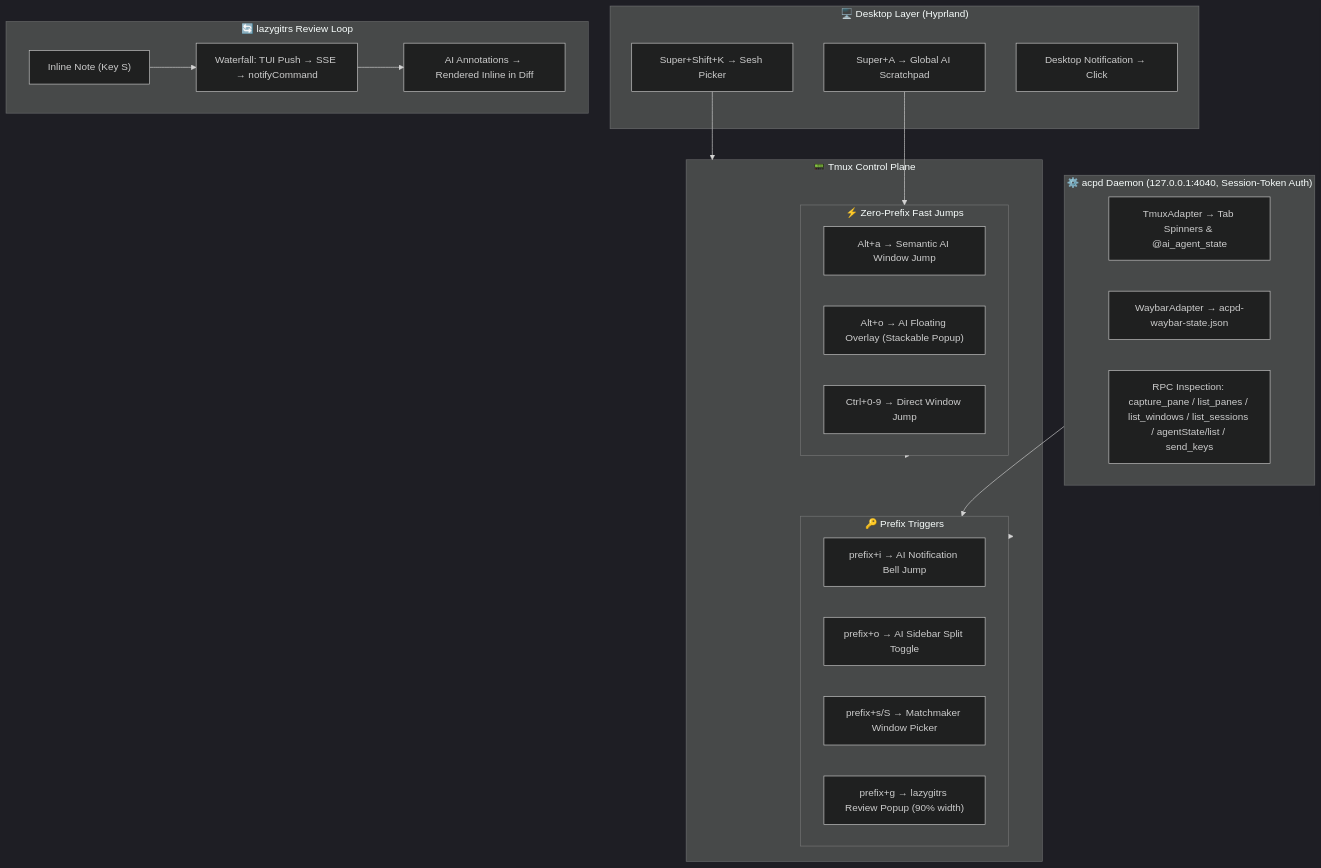
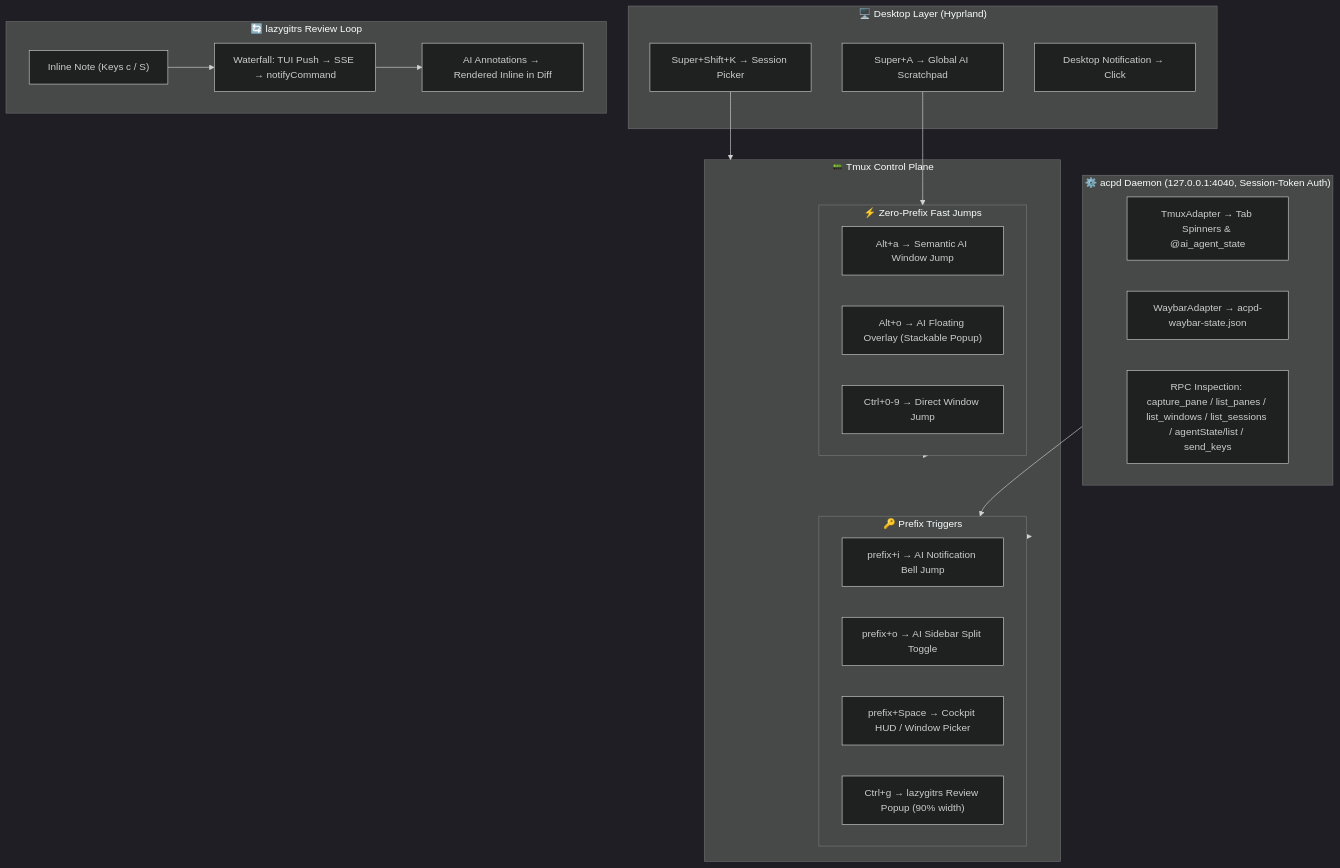
Before and after one commit to felipecm-br/.dotfiles: the diagram in docs/articles/tui-ai-workflows.md, drawn with Mermaid (dark theme). The commit also changed other lines of this file and 48 other files, not shown here.

````diff
--- a/docs/articles/tui-ai-workflows.md
+++ b/docs/articles/tui-ai-workflows.md
@@ -282,41 +282,41 @@
 ```mermaid
 flowchart TB
     subgraph Desktop["🖥️ Desktop Layer (Hyprland)"]
-        D1["Super+Shift+K → Sesh Picker"]
+        D1["Super+Shift+K → Session Picker"]
         D2["Super+A → Global AI Scratchpad"]
         D3["Desktop Notification → Click"]
     end
 
     subgraph Tmux["📟 Tmux Control Plane"]
         subgraph FastJump["⚡ Zero-Prefix Fast Jumps"]
             Q1["Alt+a → Semantic AI Window Jump"]
             Q2["Alt+o → AI Floating Overlay (Stackable Popup)"]
             Q3["Ctrl+0-9 → Direct Window Jump"]
         end
         subgraph Prefix["🔑 Prefix Triggers"]
             P1["prefix+i → AI Notification Bell Jump"]
             P2["prefix+o → AI Sidebar Split Toggle"]
-            P3["prefix+s/S → Matchmaker Window Picker"]
-            P4["prefix+g → lazygitrs Review Popup (90% width)"]
+            P3["prefix+Space → Cockpit HUD / Window Picker"]
+            P4["Ctrl+g → lazygitrs Review Popup (90% width)"]
         end
     end
 
     subgraph Daemon["⚙️ acpd Daemon (127.0.0.1:4040, Session-Token Auth)"]
         A1["TmuxAdapter → Tab Spinners & @ai_agent_state"]
         A2["WaybarAdapter → acpd-waybar-state.json"]
         A3["RPC Inspection: capture_pane / list_panes / list_windows / list_sessions / agentState/list / send_keys"]
     end
 
     subgraph ReviewLoop["🔄 lazygitrs Review Loop"]
-        R1["Inline Note (Key S)"]
+        R1["Inline Note (Keys c / S)"]
         R2["Waterfall: TUI Push → SSE → notifyCommand"]
         R3["AI Annotations → Rendered Inline in Diff"]
     end
 
     D1 --> Tmux
     D2 --> FastJump
     FastJump --> Tmux
     Prefix --> Tmux
     Daemon --> Prefix
     R1 --> R2 --> R3
 ```
````
